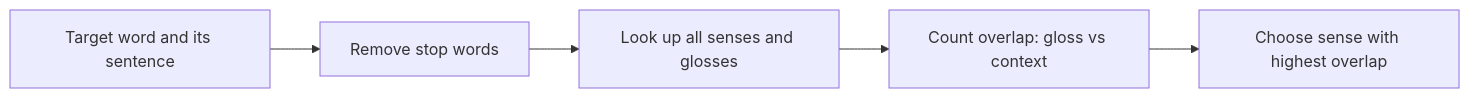
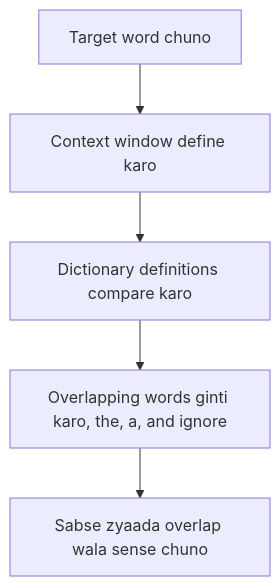
The diagram in content/natural-language-processing/pyq/2023-12-ce/q4a.hi.mdx (TrendySloth1001/sem-seven-notes), drawn with Mermaid before and after one commit. The commit also changed other lines of this file and 406 other files, not shown here.

````diff
--- a/content/natural-language-processing/pyq/2023-12-ce/q4a.hi.mdx
+++ b/content/natural-language-processing/pyq/2023-12-ce/q4a.hi.mdx
@@ -16,8 +57,8 @@
 ```mermaid
-%% caption: Lesk context ko har sense ke gloss se compare karta hai aur sabse zyada word overlap wala sense chunta hai.
-flowchart LR
-  A["Target word and its sentence"] --> B["Remove stop words"]
-  B --> C["Look up all senses and glosses"]
-  C --> D["Count overlap: gloss vs context"]
-  D --> E["Choose sense with highest overlap"]
+%% caption: Lesk algorithm ek flow ki tarah.
+flowchart TD
+  A["Target word chuno"] --> B["Context window define karo"]
+  B --> C["Dictionary definitions compare karo"]
+  C --> D["Overlapping words ginti karo, the, a, and ignore"]
+  D --> E["Sabse zyaada overlap wala sense chuno"]
 ```
````
